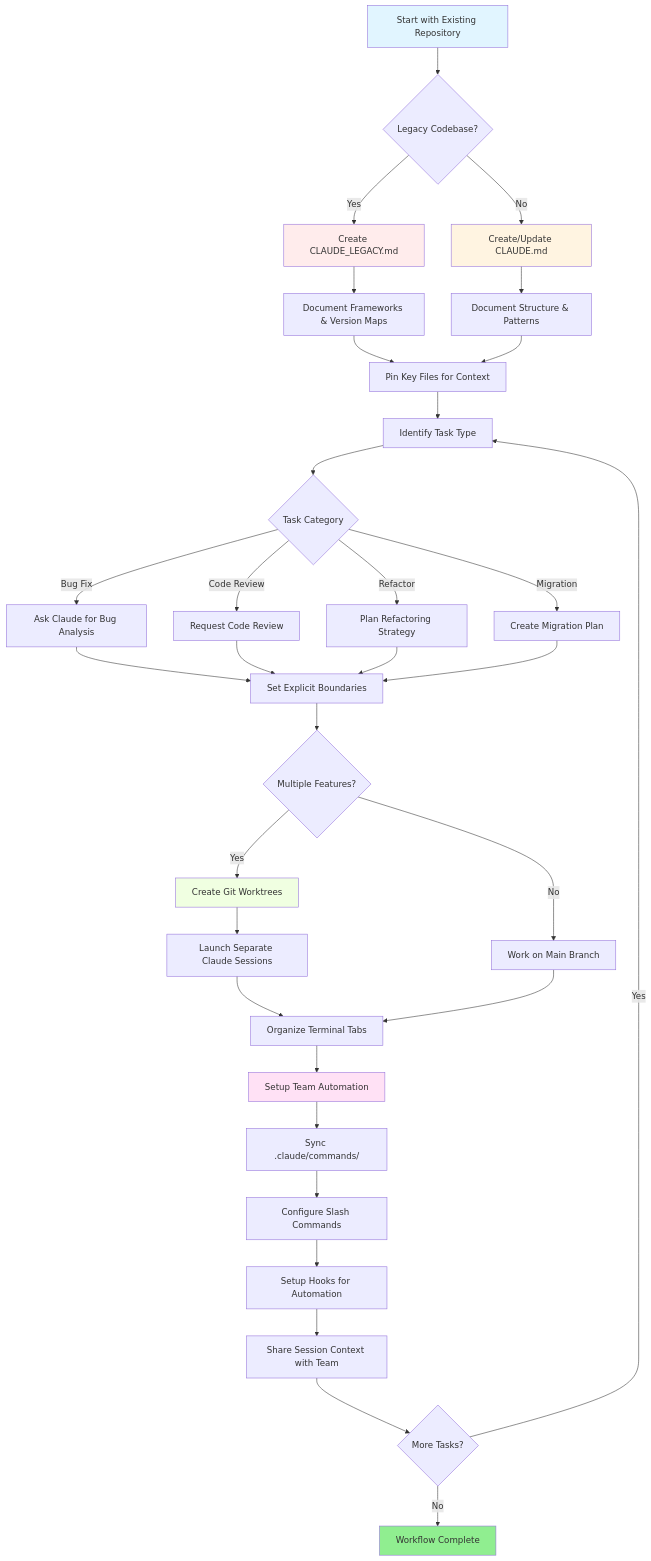
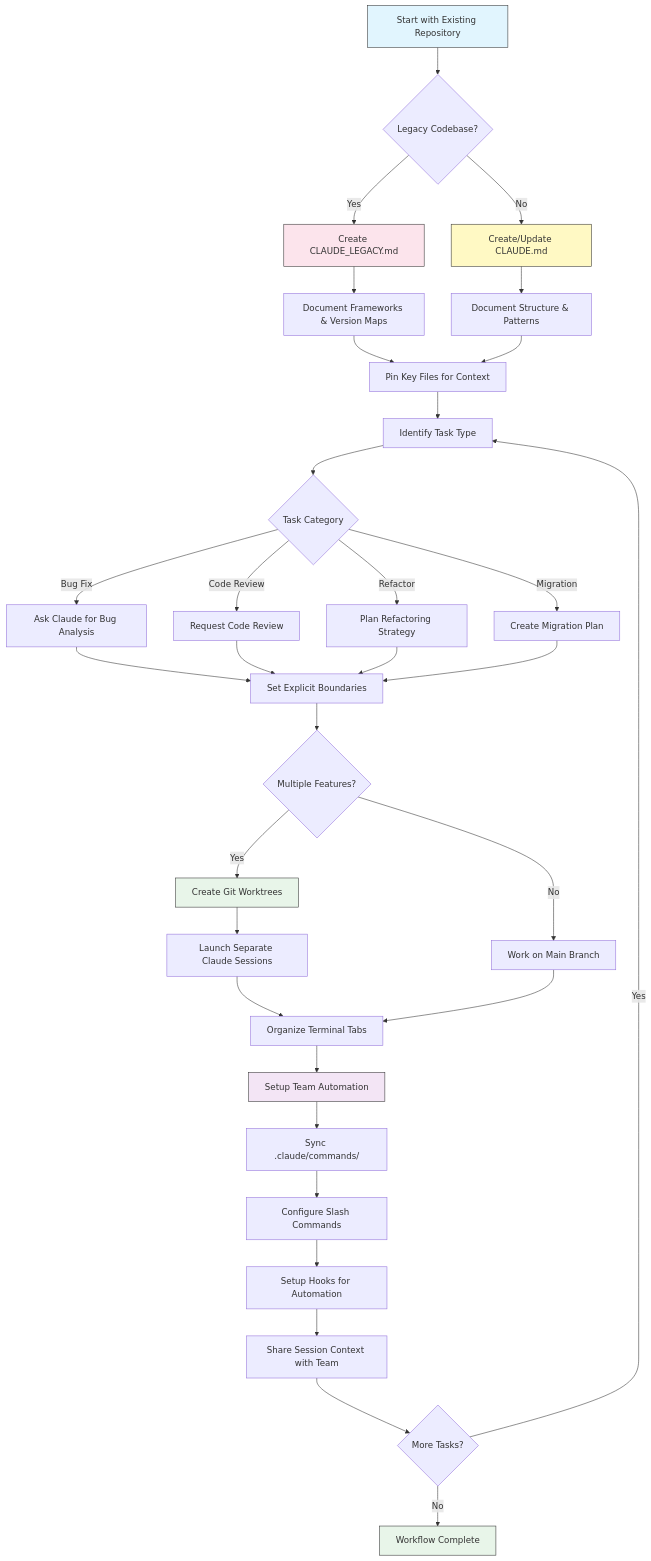
Before and after one commit to hassanbht/claude-howto: the second of 2 diagrams in fa/resources.md, drawn with Mermaid. The commit also changed other lines of this file and 174 other files, not shown here.

````diff
--- a/fa/resources.md
+++ b/fa/resources.md
@@ -174,46 +175,46 @@
 ```mermaid
 graph TD
     A[Start with Existing Repository] --> B{Legacy Codebase?}
     B -->|Yes| C[Create CLAUDE_LEGACY.md]
     B -->|No| D[Create/Update CLAUDE.md]
     C --> E[Document Frameworks & Version Maps]
     D --> F[Document Structure & Patterns]
     E --> G[Pin Key Files for Context]
     F --> G
 
     G --> H[Identify Task Type]
     H --> I{Task Category}
     I -->|Bug Fix| J[Ask Claude for Bug Analysis]
     I -->|Code Review| K[Request Code Review]
     I -->|Refactor| L[Plan Refactoring Strategy]
     I -->|Migration| M[Create Migration Plan]
 
     J --> N[Set Explicit Boundaries]
     K --> N
     L --> N
     M --> N
 
     N --> O{Multiple Features?}
     O -->|Yes| P[Create Git Worktrees]
     O -->|No| Q[Work on Main Branch]
     P --> R[Launch Separate Claude Sessions]
     R --> S[Organize Terminal Tabs]
     Q --> S
 
     S --> T[Setup Team Automation]
     T --> U[Sync .claude/commands/]
     U --> V[Configure Slash Commands]
     V --> W[Setup Hooks for Automation]
     W --> X[Share Session Context with Team]
 
     X --> Y{More Tasks?}
     Y -->|Yes| H
     Y -->|No| Z[Workflow Complete]
 
-    style A fill:#e1f5ff
-    style C fill:#ffecec
-    style D fill:#fff4e1
-    style P fill:#f0ffe1
-    style T fill:#ffe1f5
-    style Z fill:#90EE90
+    style A fill:#e1f5fe,stroke:#333,color:#333
+    style C fill:#fce4ec,stroke:#333,color:#333
+    style D fill:#fff9c4,stroke:#333,color:#333
+    style P fill:#e8f5e9,stroke:#333,color:#333
+    style T fill:#f3e5f5,stroke:#333,color:#333
+    style Z fill:#e8f5e9,stroke:#333,color:#333
 ```
````
